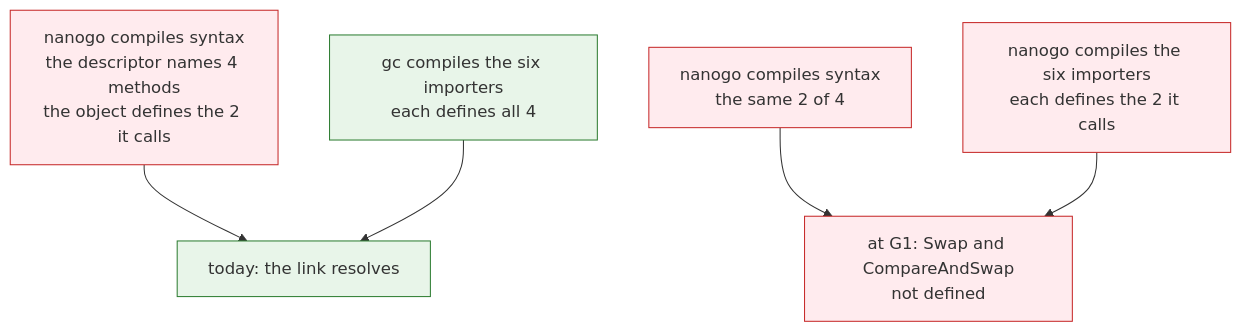
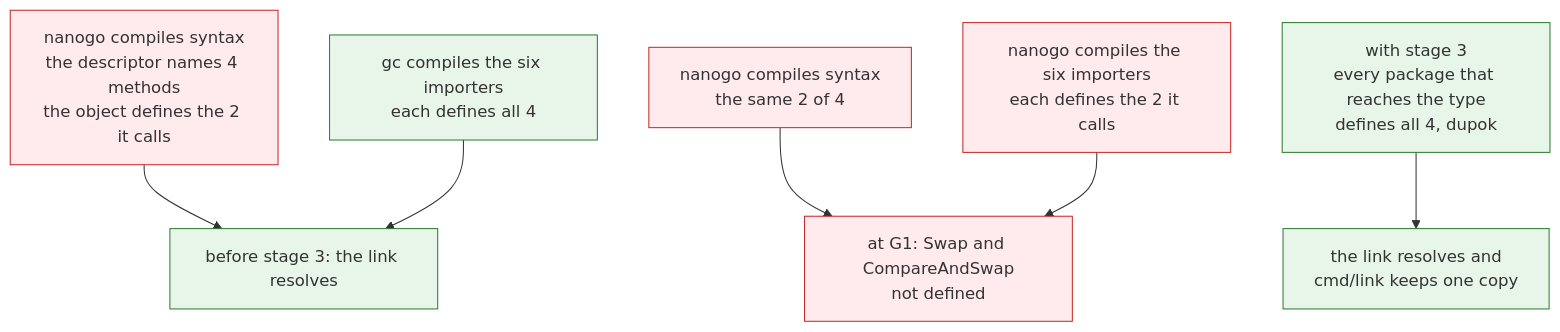
One commit to golang-design/nanogo changed the first of 2 diagrams in specs/017-export-data-reading.md. Above: the diagram before and after it, drawn with Mermaid. The commit also changed other lines of this file and 11 other files, not shown here.

````diff
--- a/specs/017-export-data-reading.md
+++ b/specs/017-export-data-reading.md
@@ -230,17 +254,21 @@
 ```mermaid
 graph TD
   classDef ok fill:#e8f5e9,stroke:#2e7d32
   classDef bad fill:#ffebee,stroke:#c62828
 
   A1["nanogo compiles syntax<br/>the descriptor names 4 methods<br/>the object defines the 2 it calls"]:::bad
   A2["gc compiles the six importers<br/>each defines all 4"]:::ok
-  A3["today: the link resolves"]:::ok
+  A3["before stage 3: the link resolves"]:::ok
   A1 --> A3
   A2 --> A3
 
   B1["nanogo compiles syntax<br/>the same 2 of 4"]:::bad
   B2["nanogo compiles the six importers<br/>each defines the 2 it calls"]:::bad
   B3["at G1: Swap and CompareAndSwap<br/>not defined"]:::bad
   B1 --> B3
   B2 --> B3
+
+  C1["with stage 3<br/>every package that reaches the type<br/>defines all 4, dupok"]:::ok
+  C2["the link resolves and<br/>cmd/link keeps one copy"]:::ok
+  C1 --> C2
 ```
````
